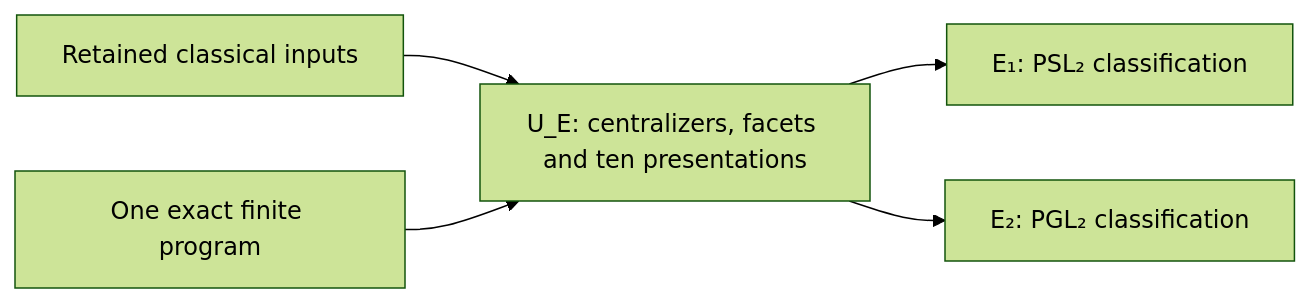
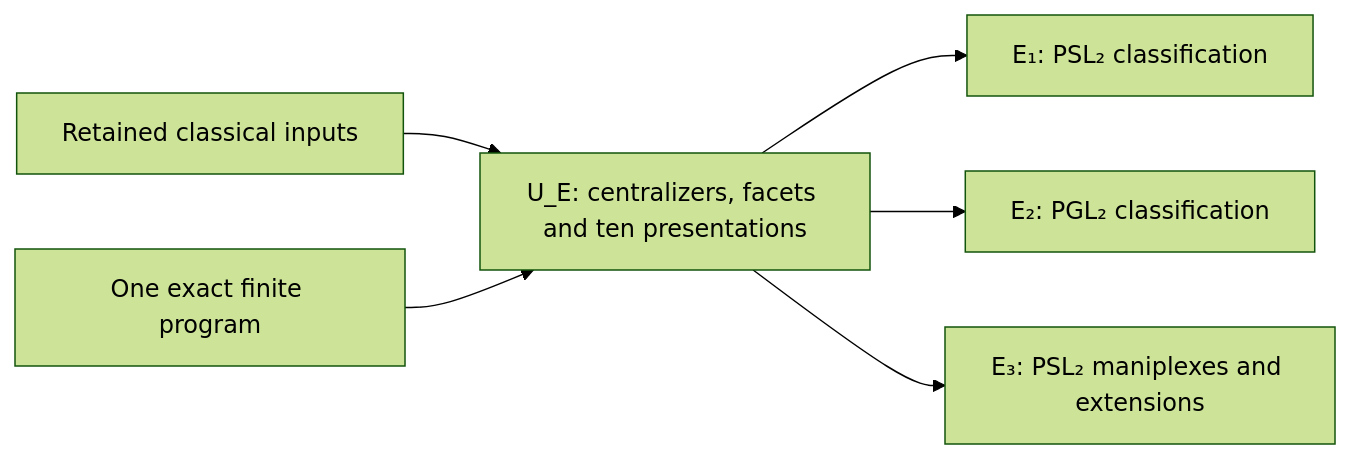
Before and after one commit to sashakolpakov/human_compression: the diagram in PROJECTIVE_LINE_POLYTOPES.md, drawn with Mermaid (forest theme). The commit also changed other lines of this file and 109 other files, not shown here.

````diff
--- a/PROJECTIVE_LINE_POLYTOPES.md
+++ b/PROJECTIVE_LINE_POLYTOPES.md
@@ -42,7 +51,8 @@
 ```mermaid
 flowchart LR
     D[Retained classical inputs] --> U[U_E: centralizers, facets and ten presentations]
     F[One exact finite program] --> U
     U --> P[E₁: PSL₂ classification]
     U --> G[E₂: PGL₂ classification]
+    U --> M[E₃: PSL₂ maniplexes and extensions]
 ```
````
